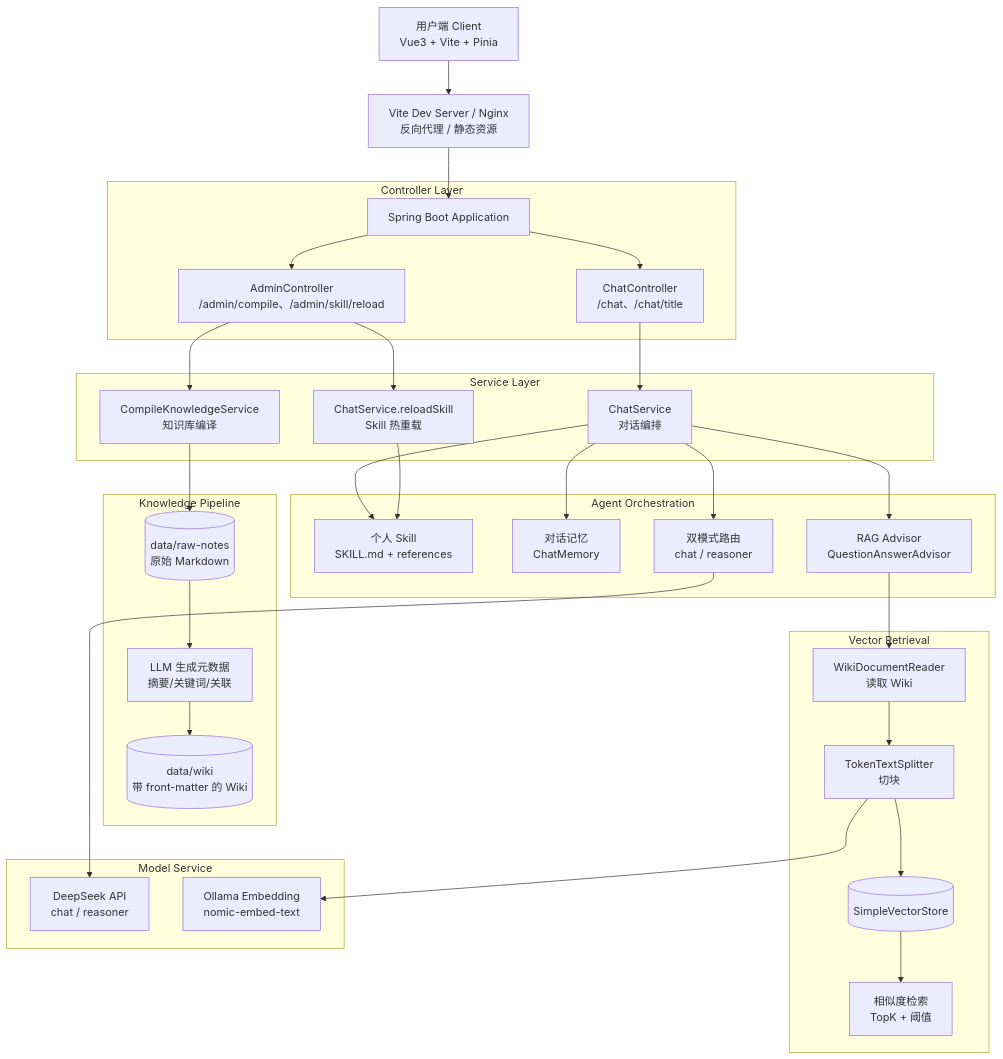
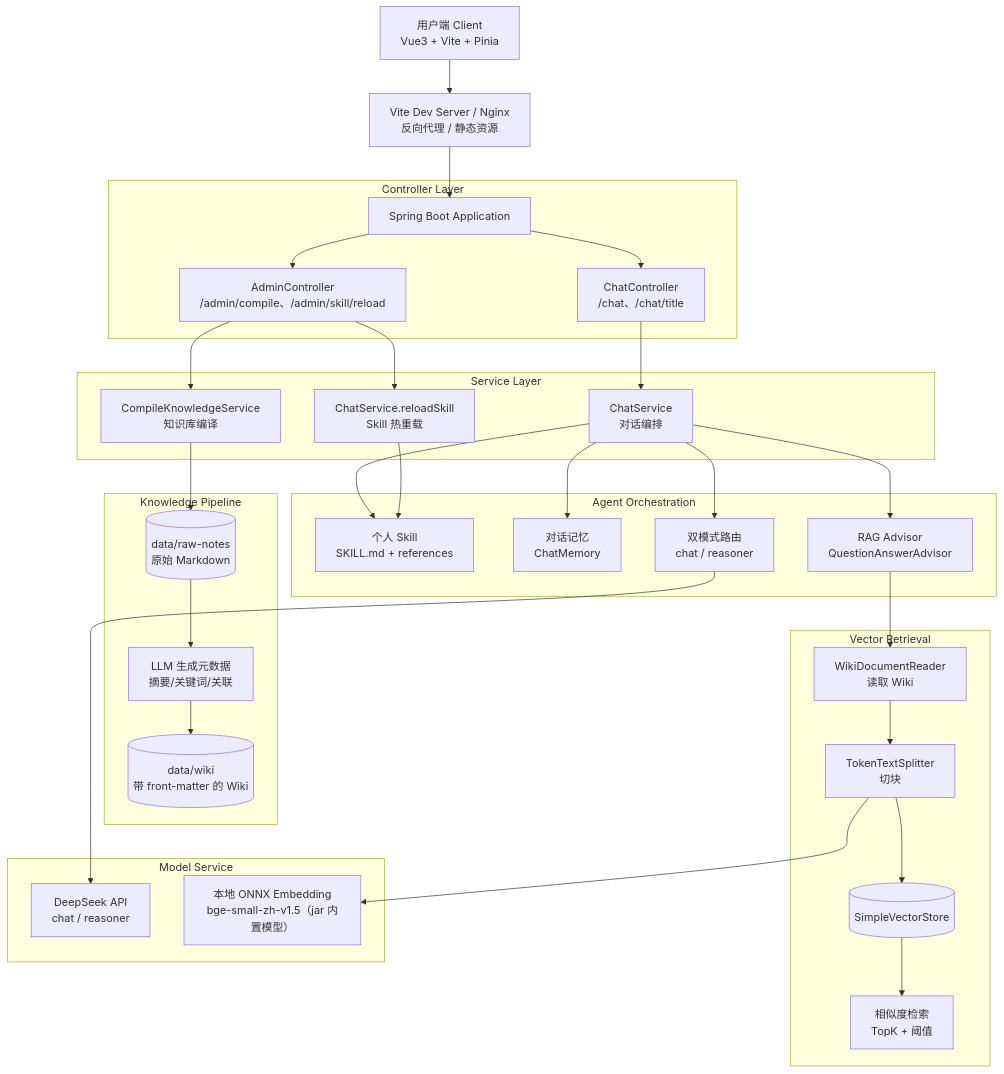
Before and after one commit to windyfreez/coder_sean: the first of 3 diagrams in README.md, drawn with Mermaid. The commit also changed other lines of this file and 13 other files, not shown here.

````diff
--- a/README.md
+++ b/README.md
@@ -185,7 +191,7 @@
 
 O3 --> M1[DeepSeek API<br/>chat / reasoner]
 
-V2 --> M2[Ollama Embedding<br/>nomic-embed-text]
+V2 --> M2[本地 ONNX Embedding<br/>bge-small-zh-v1.5（jar 内置模型）]
 
 end
 ```
````
